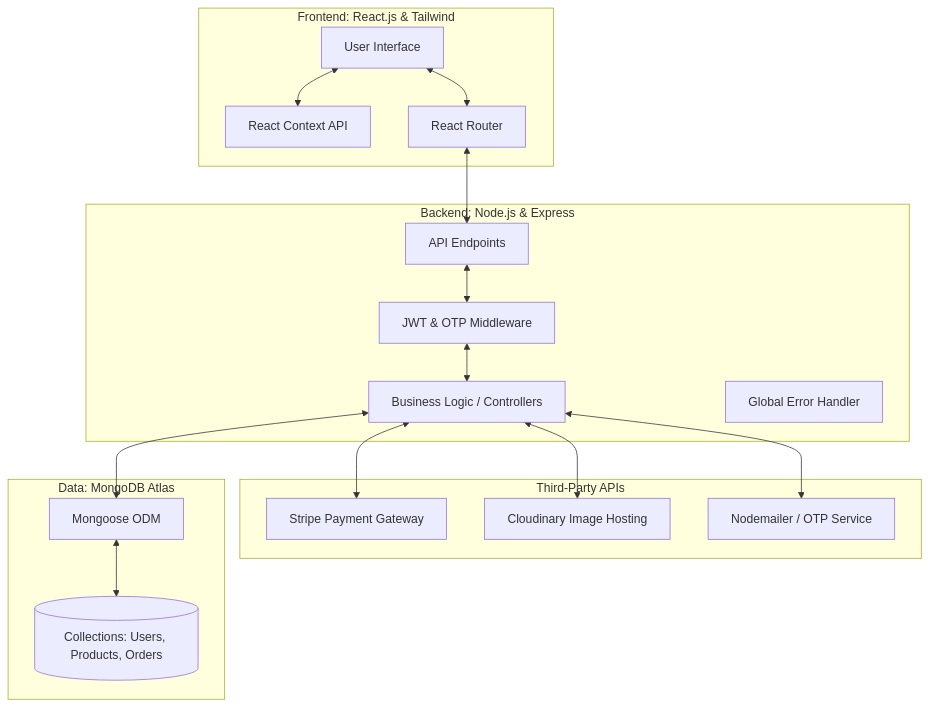
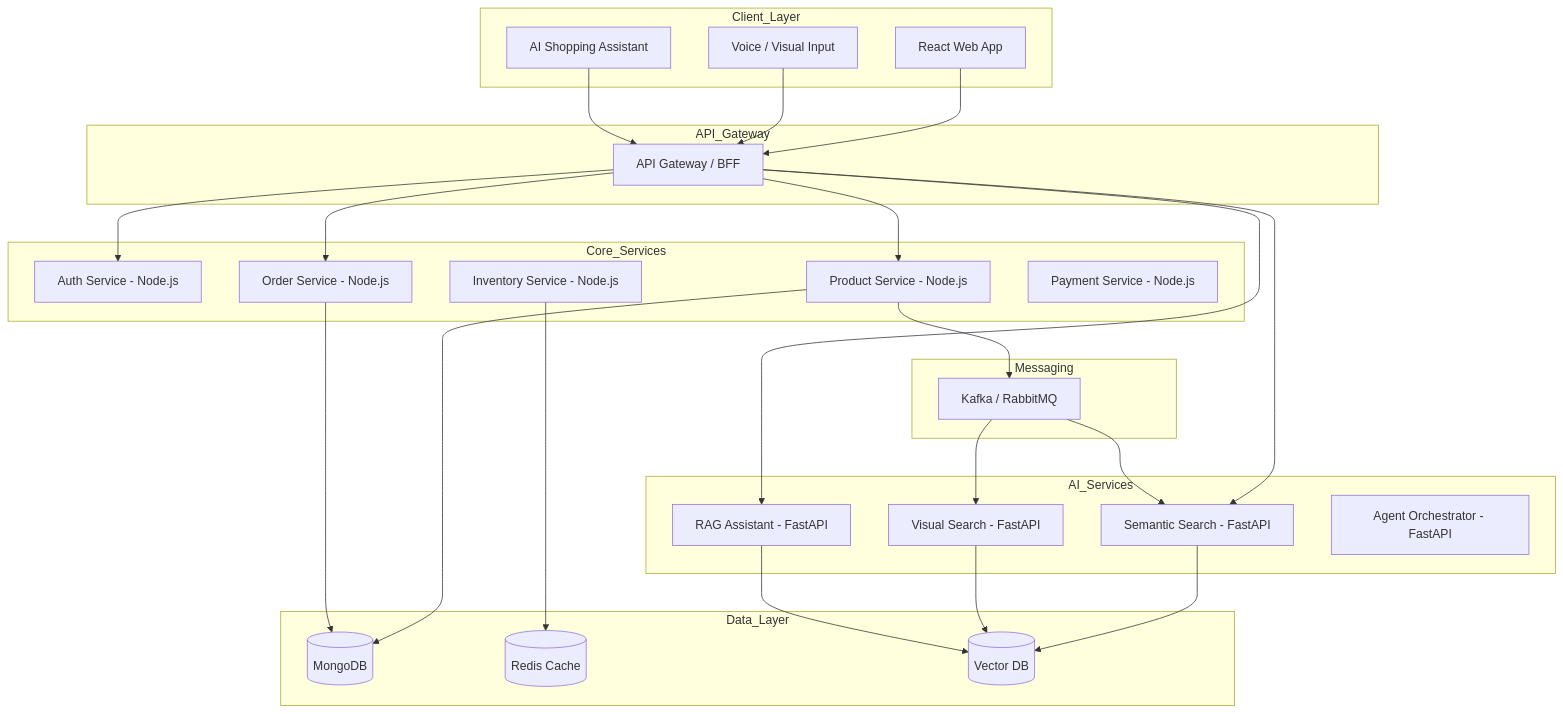
The diagram in README.md (diptu/commerce-nexus), drawn with Mermaid before and after one commit. The commit also changed other lines of this file, not shown here.

````diff
--- a/README.md
+++ b/README.md
@@ -5,41 +15,60 @@
 ```mermaid
 graph TD
-    subgraph Client_Side [Frontend: React.js & Tailwind]
-        UI[User Interface]
-        State[React Context API]
-        Router[React Router]
+
+    subgraph Client_Layer
+        UI[React Web App]
+        Voice[Voice / Visual Input]
+        AgentUI[AI Shopping Assistant]
     end
 
-    subgraph External_Services [Third-Party APIs]
-        Stripe[Stripe Payment Gateway]
-        Cloudinary[Cloudinary Image Hosting]
-        Mail[Nodemailer / OTP Service]
+    subgraph API_Gateway
+        Gateway[API Gateway / BFF]
     end
 
-    subgraph Server_Side [Backend: Node.js & Express]
-        Auth[JWT & OTP Middleware]
-        Controllers[Business Logic / Controllers]
-        Routes[API Endpoints]
-        Errors[Global Error Handler]
+    subgraph Core_Services
+        Auth[Auth Service - Node.js]
+        Product[Product Service - Node.js]
+        Order[Order Service - Node.js]
+        Inventory[Inventory Service - Node.js]
+        Payment[Payment Service - Node.js]
     end
 
-    subgraph Database_Layer [Data: MongoDB Atlas]
-        Mongoose[Mongoose ODM]
-        Collections[(Collections: Users, Products, Orders)]
+    subgraph AI_Services
+        Search[Semantic Search - FastAPI]
+        Vision[Visual Search - FastAPI]
+        RAG[RAG Assistant - FastAPI]
+        Agent[Agent Orchestrator - FastAPI]
     end
 
-    %% Connections
-    UI <--> State
-    UI <--> Router
-    Router <--> Routes
-    
-    Routes <--> Auth
-    Auth <--> Controllers
-    Controllers <--> Mongoose
-    Mongoose <--> Collections
-    
-    %% Service Integrations
-    Controllers <--> Stripe
-    Controllers <--> Cloudinary
-    Controllers <--> Mail
+    subgraph Data_Layer
+        Mongo[(MongoDB)]
+        Redis[(Redis Cache)]
+        Vector[(Vector DB)]
+    end
+
+    subgraph Messaging
+        Queue[Kafka / RabbitMQ]
+    end
+
+    UI --> Gateway
+    Voice --> Gateway
+    AgentUI --> Gateway
+
+    Gateway --> Auth
+    Gateway --> Product
+    Gateway --> Order
+    Gateway --> Search
+    Gateway --> RAG
+
+    Product --> Mongo
+    Order --> Mongo
+    Inventory --> Redis
+
+    Product --> Queue
+    Queue --> Search
+    Queue --> Vision
+
+    Search --> Vector
+    Vision --> Vector
+    RAG --> Vector
 ```
````
